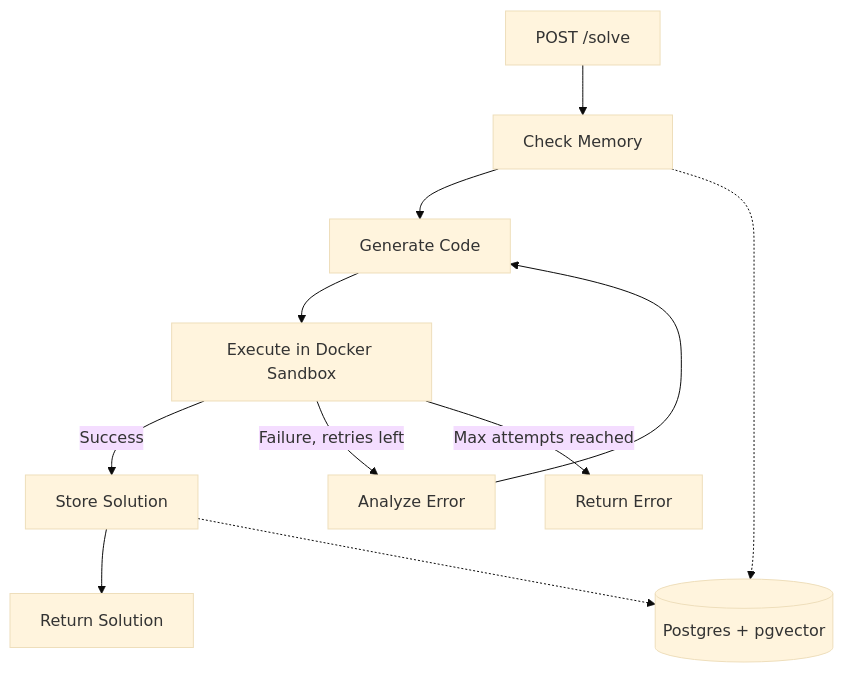
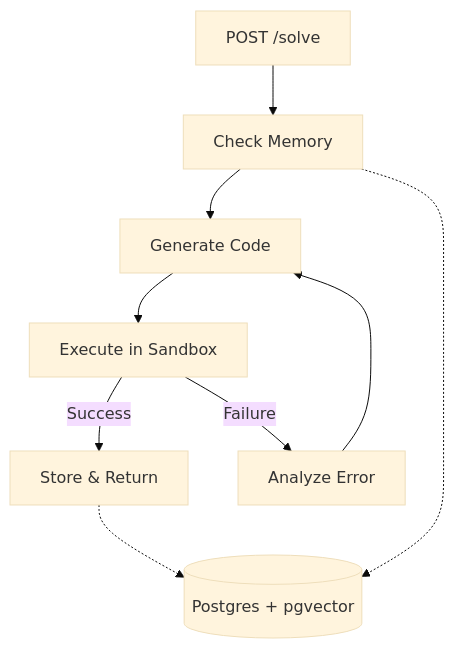
The first of 2 diagrams in README.md (hanasogenanditha/self-healing-agent), drawn with Mermaid (base theme) before and after one commit. The commit also changed other lines of this file, not shown here.

Commit message:
Revise flowchart and add observability section
Updated flowchart to improve clarity on execution and error handling. Added observability section with a new flowchart for monitoring.

````diff
--- a/README.md
+++ b/README.md
@@ -33,14 +33,12 @@
 ```mermaid
 flowchart TD
     A[POST /solve] --> B[Check Memory]
     B --> C[Generate Code]
-    C --> D[Execute in Docker Sandbox]
-    D -->|Success| E[Store Solution]
-    D -->|Failure, retries left| F[Analyze Error]
+    C --> D[Execute in Sandbox]
+    D -->|Success| E[Store & Return]
+    D -->|Failure| F[Analyze Error]
     F --> C
-    D -->|Max attempts reached| G[Return Error]
-    E --> H[Return Solution]
 
     B -.-> M[(Postgres + pgvector)]
     E -.-> M
 ```
````
